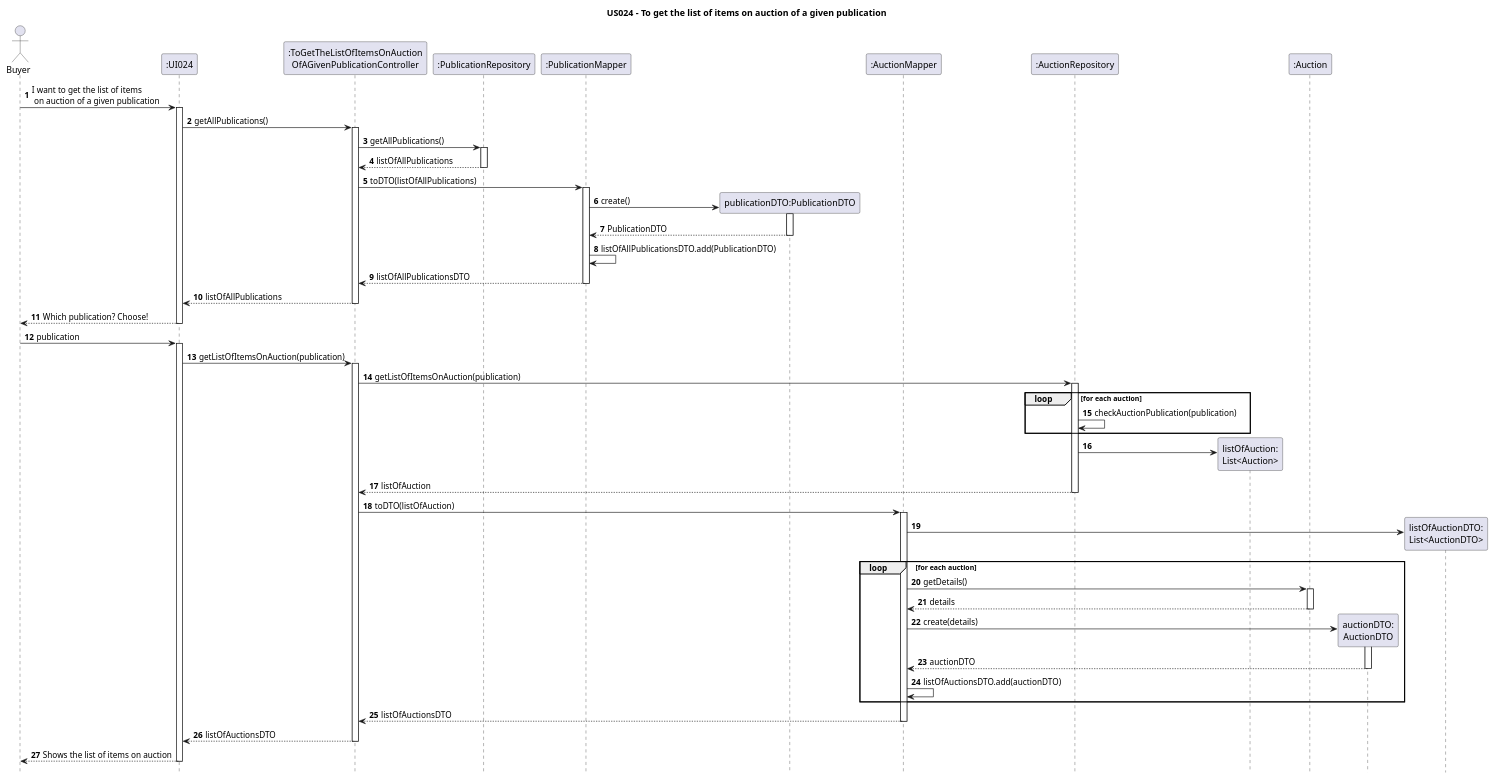
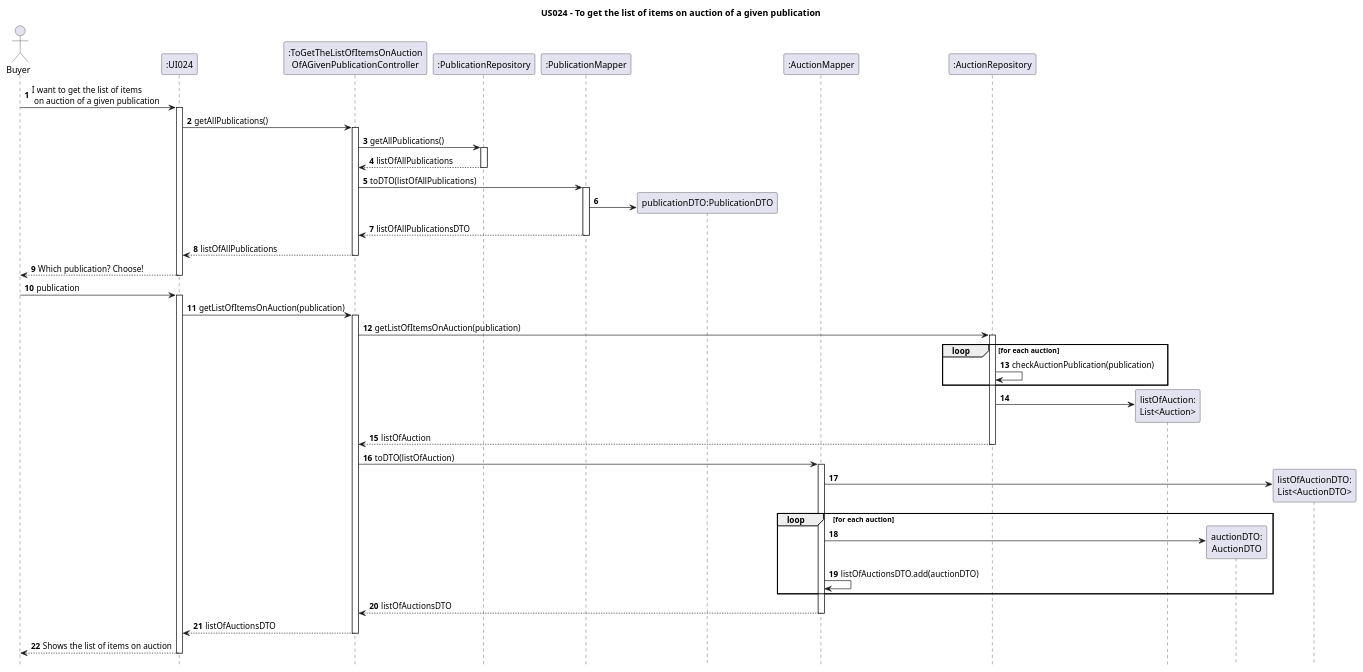
One commit to AndrePereiraGitH/SWitCH-Project-Team_A changed the diagram in Diagrams/SequenceDiagrams/N2/US024-to-get-the-list-of-items-on-auction-of-a-given-publication.puml. Above: the diagram before and after it, drawn with PlantUML. The commit also changed 7 other files, not shown here.

```diff
--- a/Diagrams/SequenceDiagrams/N2/US024-to-get-the-list-of-items-on-auction-of-a-given-publication.puml
+++ b/Diagrams/SequenceDiagrams/N2/US024-to-get-the-list-of-items-on-auction-of-a-given-publication.puml
@@ -1,91 +1,80 @@
 @startuml
 
 hide footbox
 autonumber
 title US024 - To get the list of items on auction of a given publication
 
 ' Participants
 actor Buyer
 participant ":UI024" as UI024
 participant ":ToGetTheListOfItemsOnAuction\nOfAGivenPublicationController" as Ctrl
 participant ":PublicationRepository" as PublicationRepository
 participant ":PublicationMapper" as PubMapper
 participant "publicationDTO:PublicationDTO" as PubDTO
 participant ":AuctionMapper" as Mapper
 participant ":AuctionRepository" as AuctionRepository
 participant "listOfAuction:\nList<Auction>" as ListAuc
-participant ":Auction" as AucDomain
+'participant ":Auction" as AucDomain
 participant "auctionDTO:\nAuctionDTO" as DTO
 participant "listOfAuctionDTO:\nList<AuctionDTO>" as ListDTO
 
 'Interactions
 Buyer -> UI024 : I want to get the list of items\n on auction of a given publication
 activate UI024
 UI024 -> Ctrl: getAllPublications()
 activate Ctrl
 Ctrl -> PublicationRepository: getAllPublications()
 activate PublicationRepository
 PublicationRepository --> Ctrl: listOfAllPublications
 deactivate PublicationRepository
 
 Ctrl -> PubMapper: toDTO(listOfAllPublications)
 activate PubMapper
 'PubMapper -> PubDTO
-PubMapper -> PubDTO ** : create()
-activate PubDTO
-PubDTO --> PubMapper: PublicationDTO
-deactivate PubDTO
-PubMapper -> PubMapper : listOfAllPublicationsDTO.add(PublicationDTO)
+PubMapper -> PubDTO **
 PubMapper --> Ctrl: listOfAllPublicationsDTO
 deactivate PubMapper
 
 
 Ctrl --> UI024 : listOfAllPublications
 deactivate Ctrl
 Buyer <-- UI024 : Which publication? Choose!
 deactivate UI024
 Buyer -> UI024 : publication
 activate UI024
 UI024 -> Ctrl : getListOfItemsOnAuction(publication)
 activate Ctrl
 
 Ctrl -> AuctionRepository : getListOfItemsOnAuction(publication)
 activate AuctionRepository
 
 loop for each auction
     AuctionRepository -> AuctionRepository : checkAuctionPublication(publication)
 end
 
 AuctionRepository -> ListAuc ** :
 AuctionRepository --> Ctrl : listOfAuction
 
 deactivate AuctionRepository
 
 Ctrl -> Mapper : toDTO(listOfAuction)
 activate Mapper
 Mapper -> ListDTO ** :
 
     loop for each auction
-        Mapper -> AucDomain : getDetails()
-        activate AucDomain
-        AucDomain --> Mapper : details
-        deactivate AucDomain
 
-        Mapper -> DTO ** : create(details)
-        activate DTO
-        DTO --> Mapper : auctionDTO
-        deactivate DTO
+        Mapper -> DTO **
 
         Mapper -> Mapper : listOfAuctionsDTO.add(auctionDTO)
     end
 
 Mapper --> Ctrl : listOfAuctionsDTO
 deactivate Mapper
 
 Ctrl --> UI024 : listOfAuctionsDTO
 deactivate Ctrl
 
 UI024 --> Buyer : Shows the list of items on auction
 deactivate UI024
 
 @enduml
```
